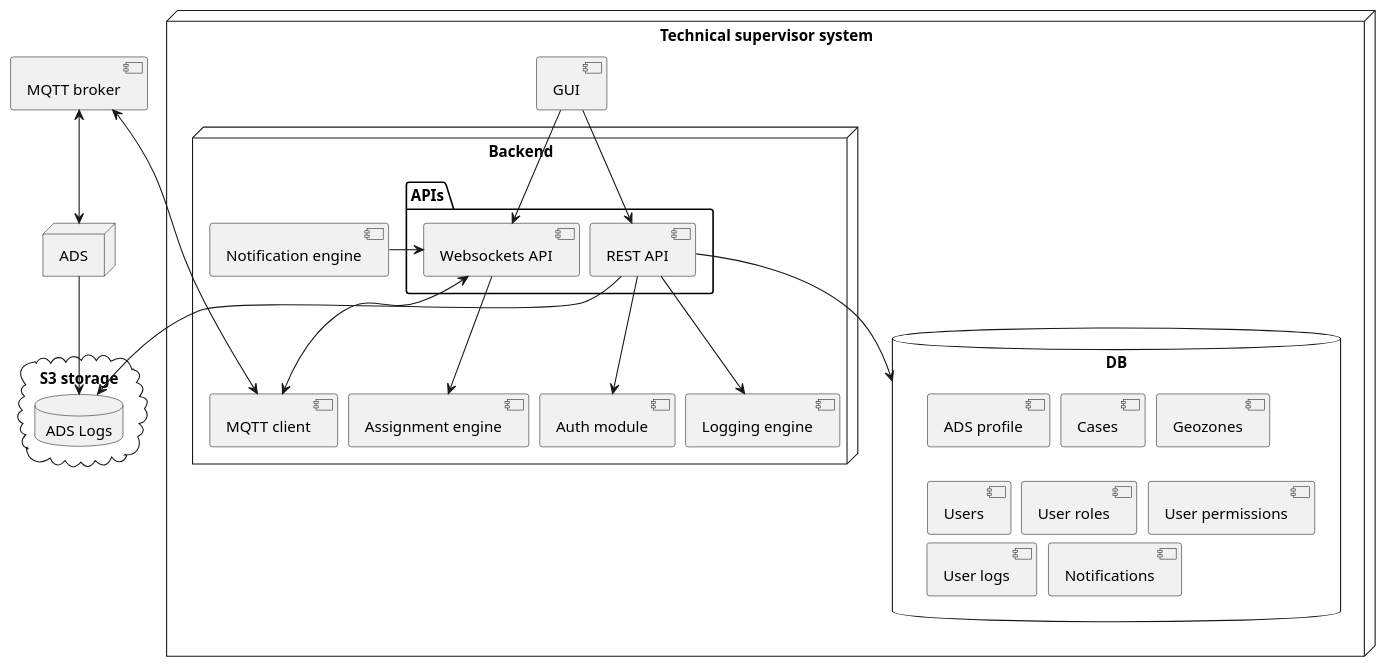
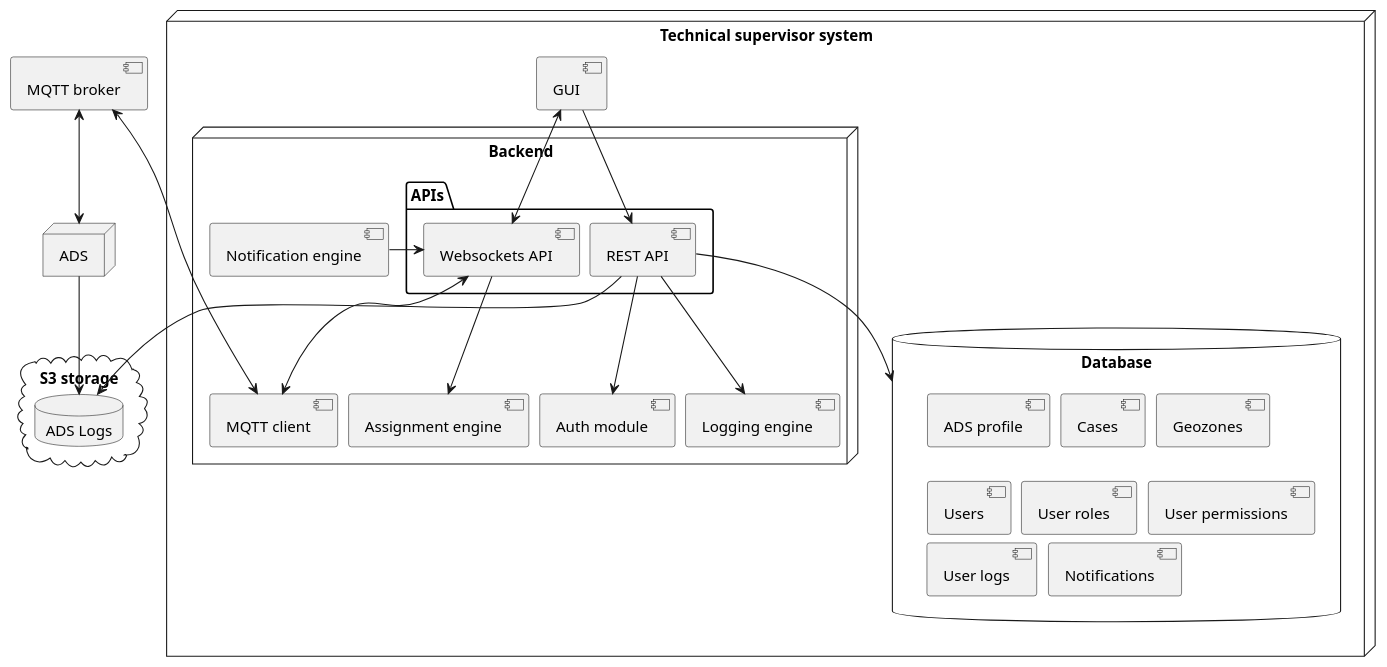
The diagram in technical_supervisor/architecture.pu (bruno-motorai/uml), drawn with PlantUML before and after one commit. The commit also changed 2 other files, not shown here.

```diff
--- a/technical_supervisor/architecture.pu
+++ b/technical_supervisor/architecture.pu
@@ -1,57 +1,57 @@
 @startuml
 skinparam nodesep 10
 skinparam ranksep 5
 
 scale 1.0
 
 node "Technical supervisor system" as ts {
     component "GUI" as gui
 
     node "Backend" as backend {
         component "Auth module" as auth
         component "Assignment engine" as assignment_engine
         component "Notification engine" as notification_engine
         component "Logging engine" as log_engine
         component "MQTT client" as mqtt_client
 
 
         package "APIs" {
             component "REST API" as rest_api
             component "Websockets API" as ws_api
         }
 
     }
 
-    database "DB" as db {
+    database "Database" as db {
         component "ADS profile"
         component "Cases"
         component "Geozones"
         component "Users"
         component "User roles"
         component "User permissions"
         component "User logs"
         component "Notifications"
     }
 }
 
 node "ADS" as ads
 
 component "MQTT broker" as mqtt_broker
 
 cloud "S3 storage" {
     database "ADS Logs" as ads_db
 }
 
 ads -down-> ads_db
 ads <-up-> mqtt_broker
 mqtt_broker <--> mqtt_client
 gui -down-> rest_api
-gui -down-> ws_api
+gui <-down-> ws_api
 rest_api -d-> auth
 rest_api -d-> log_engine
 rest_api -d-> ads_db
 rest_api -d-> db
 ws_api -d-> assignment_engine
 notification_engine -r-> ws_api
 ws_api <-d-> mqtt_client
 @enduml
```
